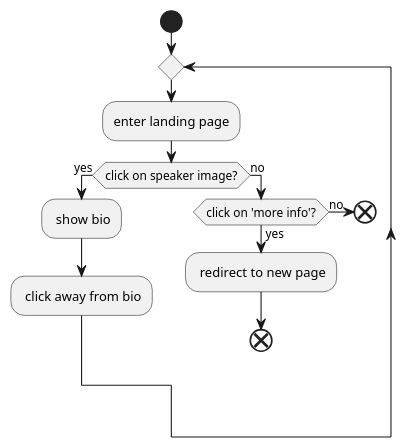
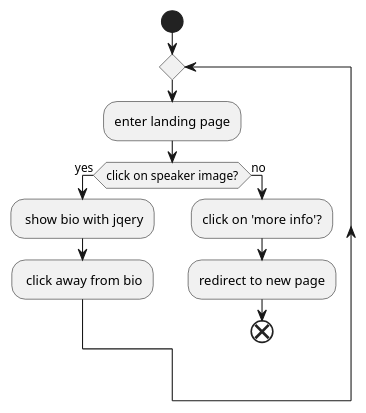
One commit to vmarsterson/speaker_monitor changed the diagram in plantuml/user_path.plantuml. Above: the diagram before and after it, drawn with PlantUML. The commit also changed other lines of this file and 13 other files, not shown here.

```diff
--- a/plantuml/user_path.plantuml
+++ b/plantuml/user_path.plantuml
@@ -1,14 +1,12 @@
 @startuml user_path
     start   
     repeat 
-    :enter landing page;
+        :enter landing page;
     if (click on speaker image?) then (yes)
-        : show bio;
+        : show bio with jqery;
        : click away from bio;
     else (no)
-    if (click on 'more info'?) then (yes)
-        : redirect to new page;
-        end
-    else (no)
+    :click on 'more info'?;
+    :redirect to new page;
     end
 @enduml
```
